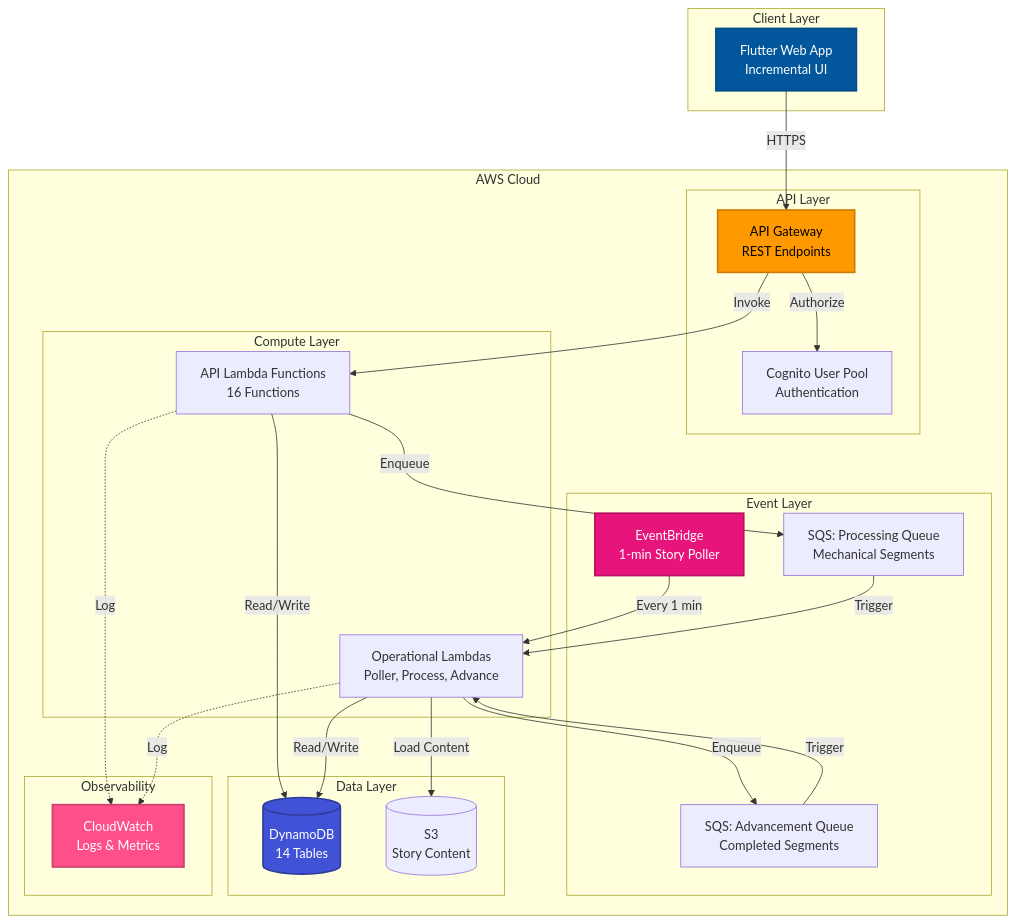
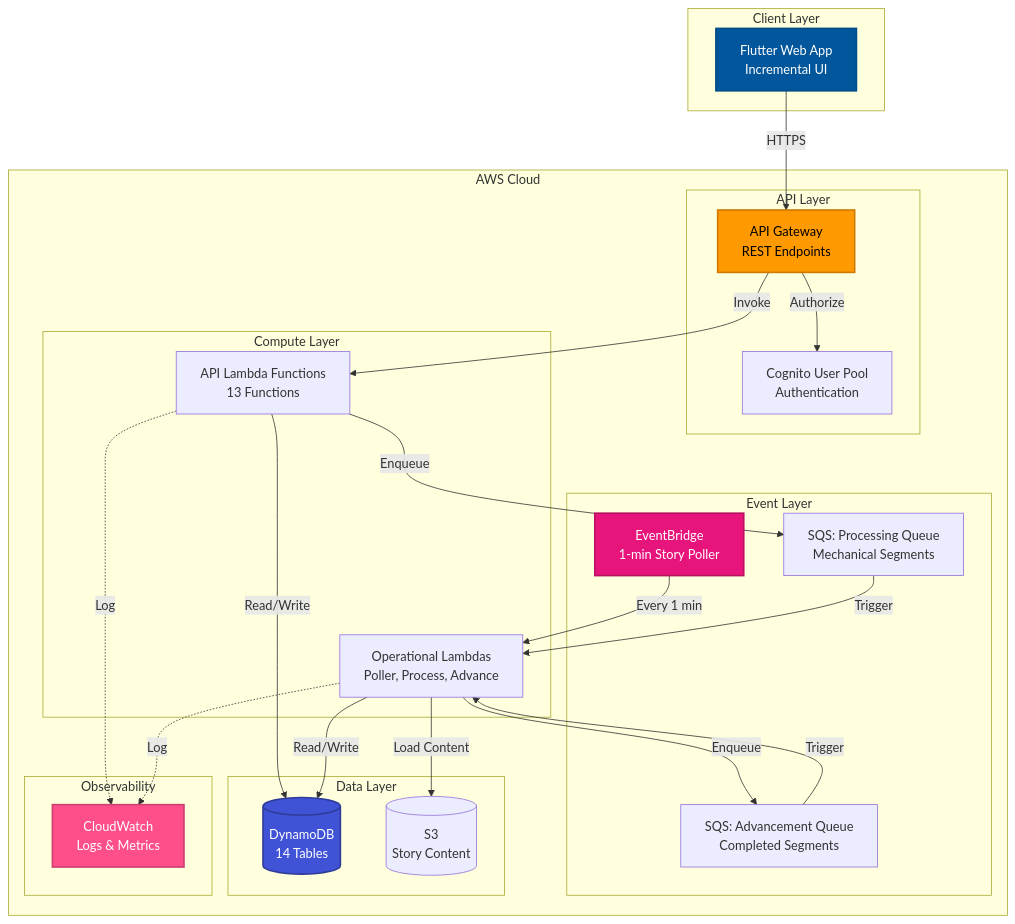
One commit to darkrelics/eidolon-engine changed the second of 14 diagrams in documentation/incremental-architecture-diagrams.md. Above: the diagram before and after it, drawn with Mermaid. The commit also changed other lines of this file and 17 other files, not shown here.

````diff
--- a/documentation/incremental-architecture-diagrams.md
+++ b/documentation/incremental-architecture-diagrams.md
@@ -53,57 +53,57 @@
 ```mermaid
 graph TB
     subgraph "Client Layer"
         Flutter[Flutter Web App<br/>Incremental UI]
     end
 
     subgraph "AWS Cloud"
         subgraph "API Layer"
             APIGW[API Gateway<br/>REST Endpoints]
             Cognito[Cognito User Pool<br/>Authentication]
         end
 
         subgraph "Compute Layer"
-            APILambda[API Lambda Functions<br/>16 Functions]
+            APILambda[API Lambda Functions<br/>13 Functions]
             OpsLambda[Operational Lambdas<br/>Poller, Process, Advance]
         end
 
         subgraph "Event Layer"
             EventBridge[EventBridge<br/>1-min Story Poller]
             ProcessQ[SQS: Processing Queue<br/>Mechanical Segments]
             AdvanceQ[SQS: Advancement Queue<br/>Completed Segments]
         end
 
         subgraph "Data Layer"
             DynamoDB[(DynamoDB<br/>14 Tables)]
             S3[(S3<br/>Story Content)]
         end
 
         subgraph "Observability"
             CloudWatch[CloudWatch<br/>Logs & Metrics]
         end
     end
 
     Flutter -->|HTTPS| APIGW
     APIGW -->|Authorize| Cognito
     APIGW -->|Invoke| APILambda
 
     APILambda -->|Read/Write| DynamoDB
     APILambda -->|Enqueue| ProcessQ
 
     EventBridge -->|Every 1 min| OpsLambda
     ProcessQ -->|Trigger| OpsLambda
     AdvanceQ -->|Trigger| OpsLambda
 
     OpsLambda -->|Read/Write| DynamoDB
     OpsLambda -->|Enqueue| AdvanceQ
     OpsLambda -->|Load Content| S3
 
     APILambda -.->|Log| CloudWatch
     OpsLambda -.->|Log| CloudWatch
 
     style Flutter fill:#02569B,stroke:#014B87,stroke-width:2px,color:#fff
     style APIGW fill:#FF9900,stroke:#CC7A00,stroke-width:2px,color:#000
     style DynamoDB fill:#4053D6,stroke:#2E3B99,stroke-width:2px,color:#fff
     style EventBridge fill:#E7157B,stroke:#B8115F,stroke-width:2px,color:#fff
     style CloudWatch fill:#FF4F8B,stroke:#CC3F6F,stroke-width:2px,color:#fff
 ```
````
